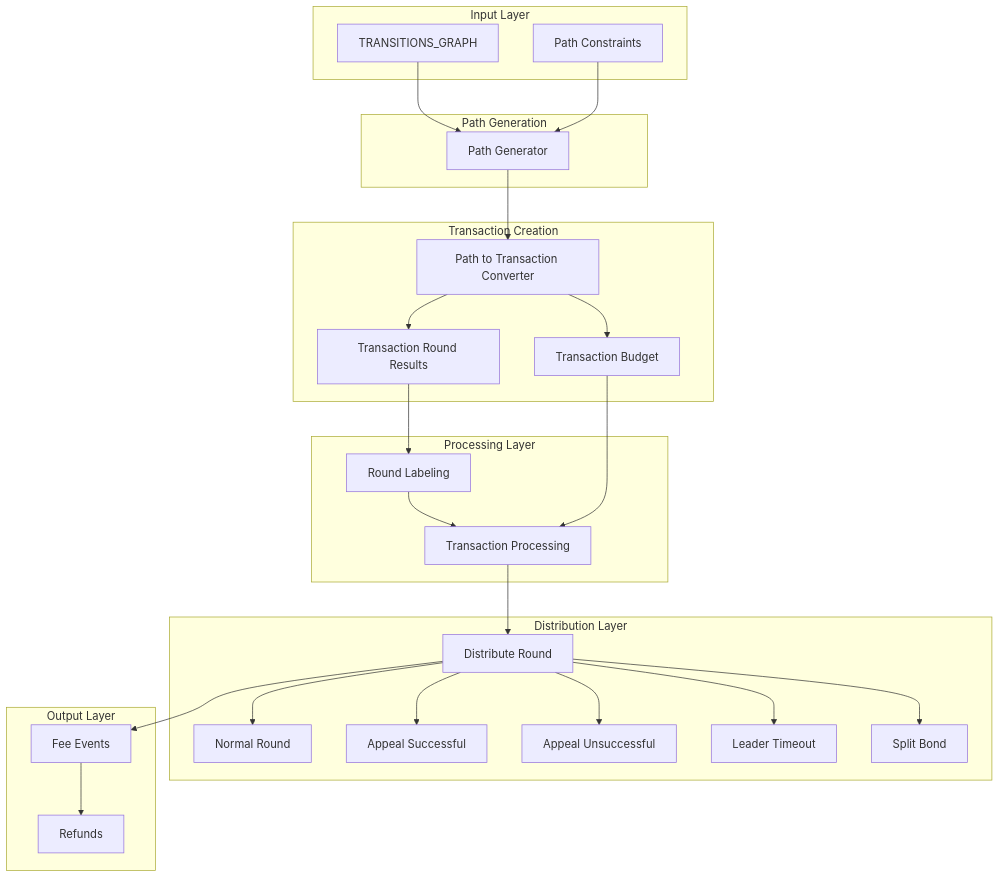
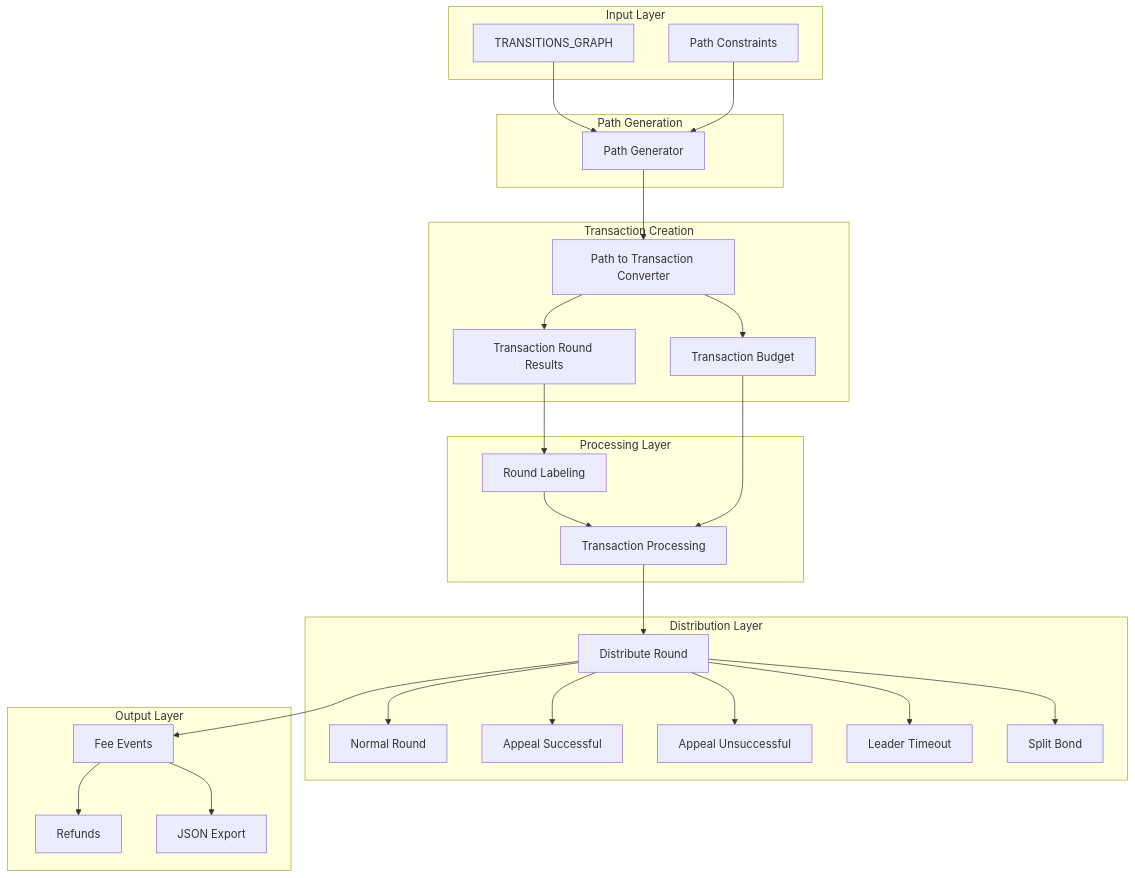
The first of 5 diagrams in docs/ARCHITECTURE.md (yeagerai/consensus-simulator), drawn with Mermaid before and after one commit. The commit also changed other lines of this file and 9 other files, not shown here.

````diff
--- a/docs/ARCHITECTURE.md
+++ b/docs/ARCHITECTURE.md
@@ -25,52 +27,54 @@
 ```mermaid
 graph TB
     subgraph "Input Layer"
         TG[TRANSITIONS_GRAPH]
         PC[Path Constraints]
     end
     
     subgraph "Path Generation"
         PG[Path Generator]
         TG --> PG
         PC --> PG
     end
     
     subgraph "Transaction Creation"
         PTT[Path to Transaction Converter]
         TB[Transaction Budget]
         TR[Transaction Round Results]
         PG --> PTT
         PTT --> TR
         PTT --> TB
     end
     
     subgraph "Processing Layer"
         RL[Round Labeling]
         TP[Transaction Processing]
         TR --> RL
         RL --> TP
         TB --> TP
     end
     
     subgraph "Distribution Layer"
         DR[Distribute Round]
         NR[Normal Round]
         AS[Appeal Successful]
         AU[Appeal Unsuccessful]
         LT[Leader Timeout]
         SB[Split Bond]
         TP --> DR
         DR --> NR
         DR --> AS
         DR --> AU
         DR --> LT
         DR --> SB
     end
     
     subgraph "Output Layer"
         FE[Fee Events]
         REF[Refunds]
+        JSON[JSON Export]
         DR --> FE
         FE --> REF
+        FE --> JSON
     end
 ```
````
